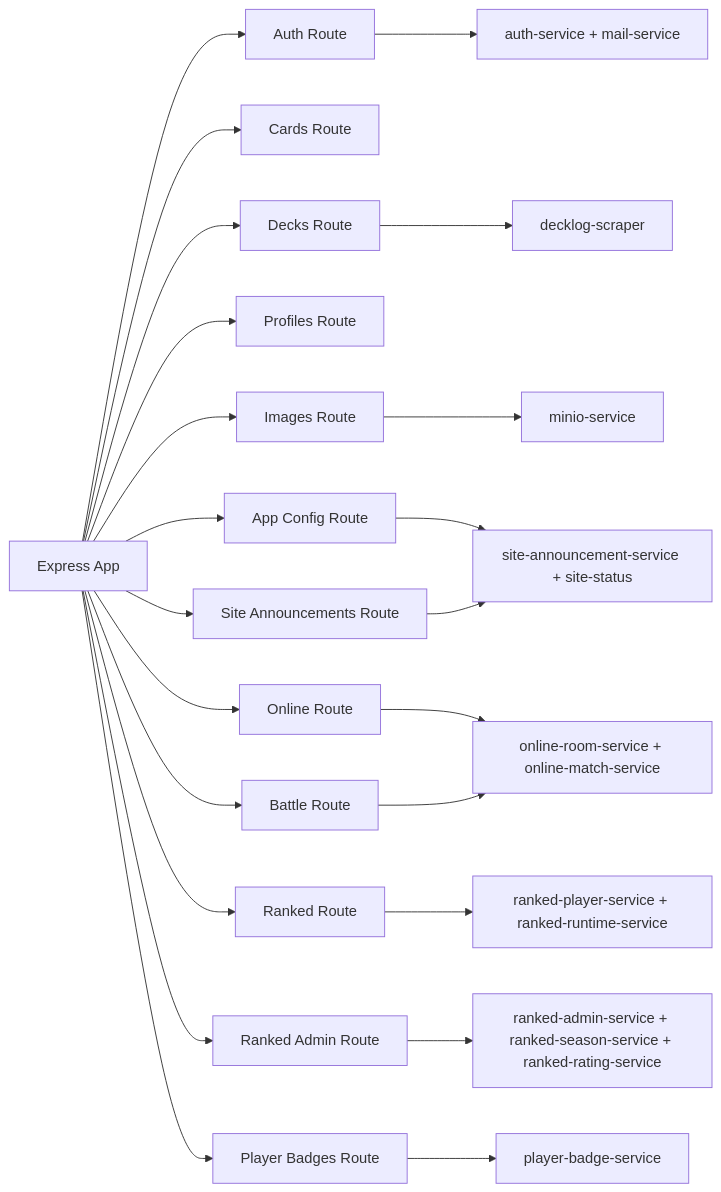
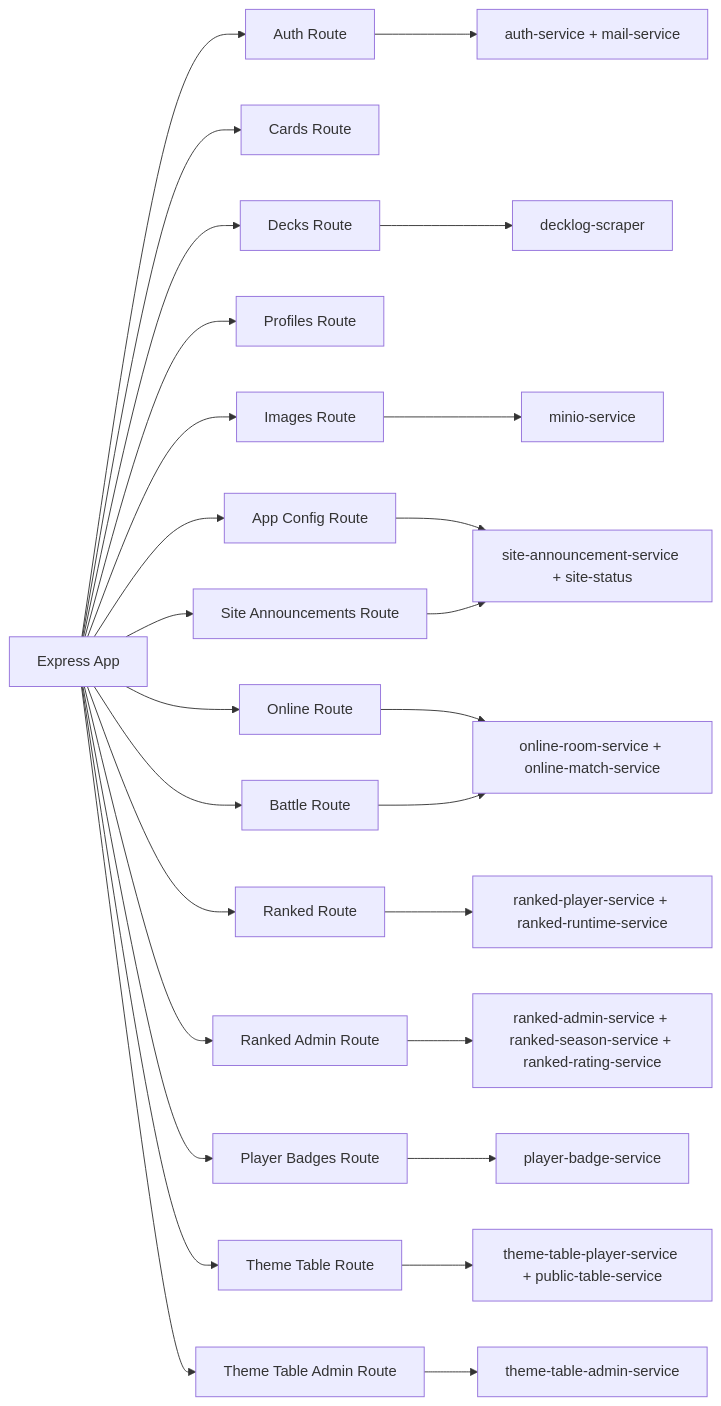
Before and after one commit to catmeow123456/loveca-dev: the seventh of 9 diagrams in docs/system-design.md, drawn with Mermaid. The commit also changed other lines of this file and 42 other files, not shown here.

````diff
--- a/docs/system-design.md
+++ b/docs/system-design.md
@@ -357,26 +363,30 @@
 ```mermaid
 graph LR
     App[Express App] --> AuthR[Auth Route]
     App --> CardsR[Cards Route]
     App --> DecksR[Decks Route]
     App --> ProfilesR[Profiles Route]
     App --> ImagesR[Images Route]
     App --> ConfigR[App Config Route]
     App --> SiteAnnouncementsR[Site Announcements Route]
     App --> OnlineR[Online Route]
     App --> BattleR[Battle Route]
     App --> RankedR[Ranked Route]
     App --> RankedAdminR[Ranked Admin Route]
     App --> PlayerBadgesR[Player Badges Route]
+    App --> ThemeR[Theme Table Route]
+    App --> ThemeAdminR[Theme Table Admin Route]
 
     AuthR --> AuthSvc[auth-service + mail-service]
     DecksR --> Scraper[decklog-scraper]
     ImagesR --> MinioSvc[minio-service]
     ConfigR --> OpsSvc[site-announcement-service + site-status]
     SiteAnnouncementsR --> OpsSvc
     OnlineR --> OnlineSvc[online-room-service + online-match-service]
     BattleR --> OnlineSvc
     RankedR --> RankedSvc[ranked-player-service + ranked-runtime-service]
     RankedAdminR --> RankedAdminSvc[ranked-admin-service + ranked-season-service + ranked-rating-service]
     PlayerBadgesR --> PlayerBadgeSvc[player-badge-service]
+    ThemeR --> ThemeSvc[theme-table-player-service + public-table-service]
+    ThemeAdminR --> ThemeAdminSvc[theme-table-admin-service]
 ```
````
